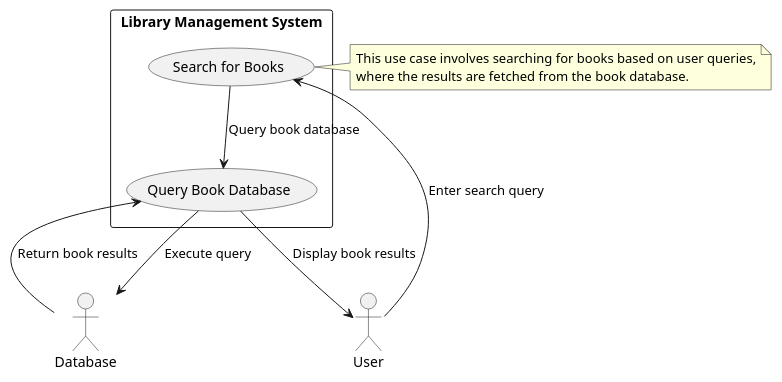
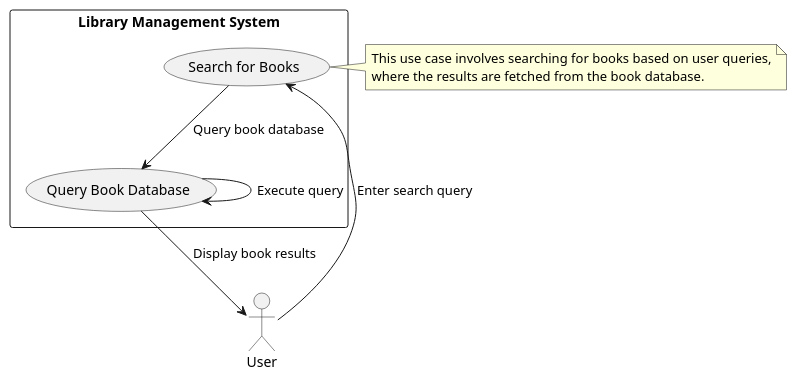
The diagram in docs/Use cases/Search for Books.puml (mernaahmed2020/LibraryOO), drawn with PlantUML before and after one commit.

Commit message:
Update Search for Books.puml

```diff
--- a/docs/Use cases/Search for Books.puml
+++ b/docs/Use cases/Search for Books.puml
@@ -1,22 +1,20 @@
 @startuml
 
 actor User
-actor Database
 
 rectangle "Library Management System" {
     usecase "Search for Books" as UC2
     usecase "Query Book Database" as UC3
 }
 
 User --> UC2 : "Enter search query"
 UC2 --> UC3 : "Query book database"
-UC3 --> Database : "Execute query"
-Database --> UC3 : "Return book results"
+UC3 --> UC3 : "Execute query"
 UC3 --> User : "Display book results"
 
 note right of UC2
 This use case involves searching for books based on user queries,
 where the results are fetched from the book database.
 end note
 
 @enduml
```
